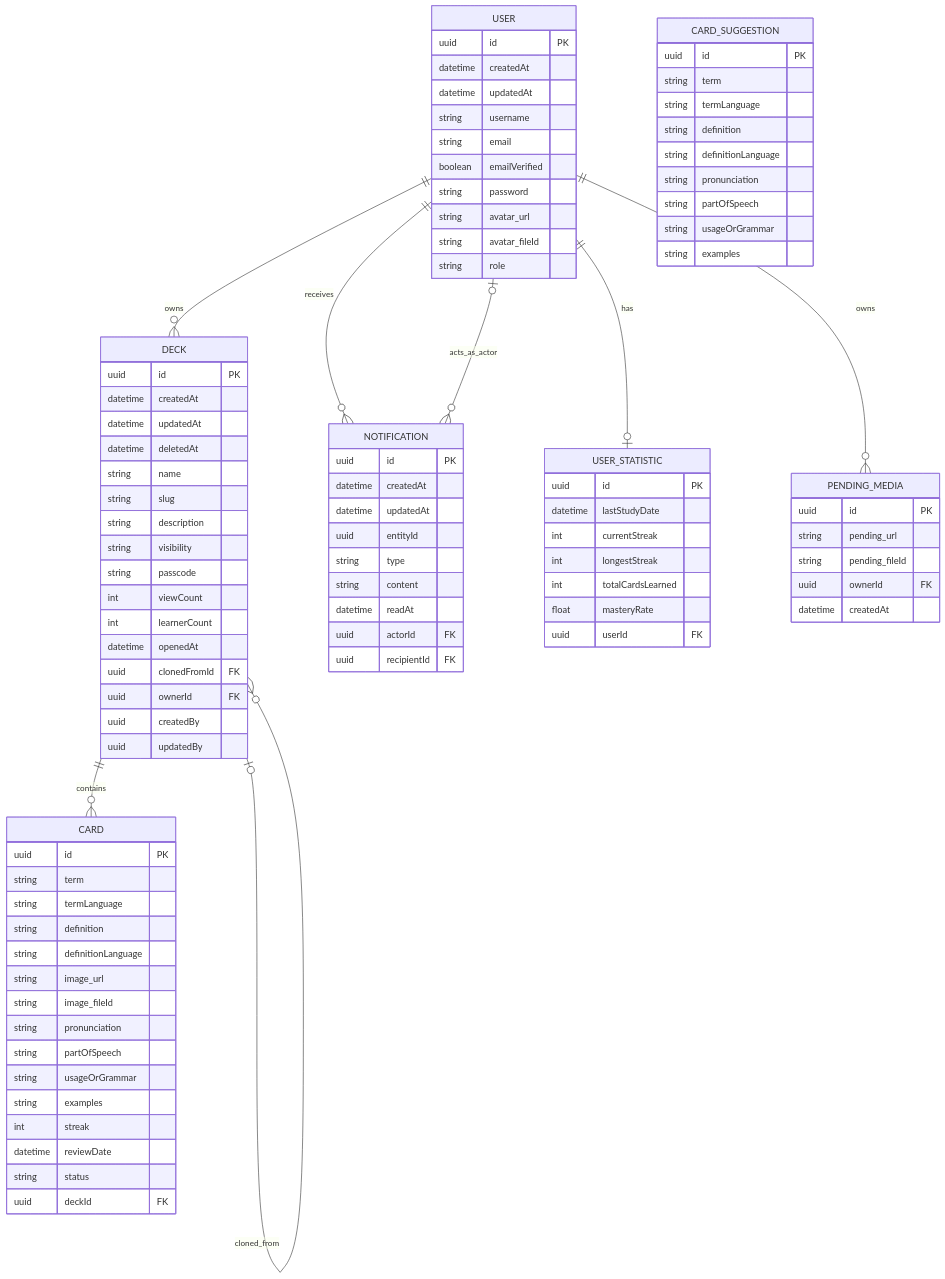
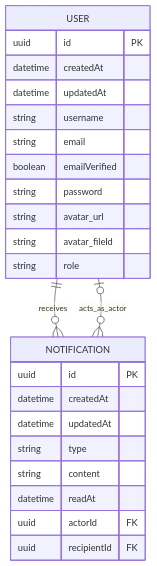
One commit to hungpn23/vocabify_be changed the diagram in docs/entity-relationship-diagram.md. Above: the diagram before and after it, drawn with Mermaid. The commit also changed other lines of this file and 81 other files, not shown here.

````diff
--- a/docs/entity-relationship-diagram.md
+++ b/docs/entity-relationship-diagram.md
@@ -15,48 +15,10 @@
         string role
     }
 
-    DECK {
-        uuid id PK
-        datetime createdAt
-        datetime updatedAt
-        datetime deletedAt
-        string name
-        string slug
-        string description
-        string visibility
-        string passcode
-        int viewCount
-        int learnerCount
-        datetime openedAt
-        uuid clonedFromId FK
-        uuid ownerId FK
-        uuid createdBy
-        uuid updatedBy
-    }
-
-    CARD {
-        uuid id PK
-        string term
-        string termLanguage
-        string definition
-        string definitionLanguage
-        string image_url
-        string image_fileId
-        string pronunciation
-        string partOfSpeech
-        string usageOrGrammar
-        string examples
-        int streak
-        datetime reviewDate
-        string status
-        uuid deckId FK
-    }
-
     NOTIFICATION {
         uuid id PK
         datetime createdAt
         datetime updatedAt
-        uuid entityId
         string type
         string content
         datetime readAt
@@ -64,41 +26,6 @@
         uuid recipientId FK
     }
 
-    USER_STATISTIC {
-        uuid id PK
-        datetime lastStudyDate
-        int currentStreak
-        int longestStreak
-        int totalCardsLearned
-        float masteryRate
-        uuid userId FK
-    }
-
-    PENDING_MEDIA {
-        uuid id PK
-        string pending_url
-        string pending_fileId
-        uuid ownerId FK
-        datetime createdAt
-    }
-
-    CARD_SUGGESTION {
-        uuid id PK
-        string term
-        string termLanguage
-        string definition
-        string definitionLanguage
-        string pronunciation
-        string partOfSpeech
-        string usageOrGrammar
-        string examples
-    }
-
-    USER ||--o{ DECK : owns
-    DECK o|--o{ DECK : cloned_from
-    DECK ||--o{ CARD : contains
     USER ||--o{ NOTIFICATION : receives
     USER o|--o{ NOTIFICATION : acts_as_actor
-    USER ||--o| USER_STATISTIC : has
-    USER ||--o{ PENDING_MEDIA : owns
 ```
````
